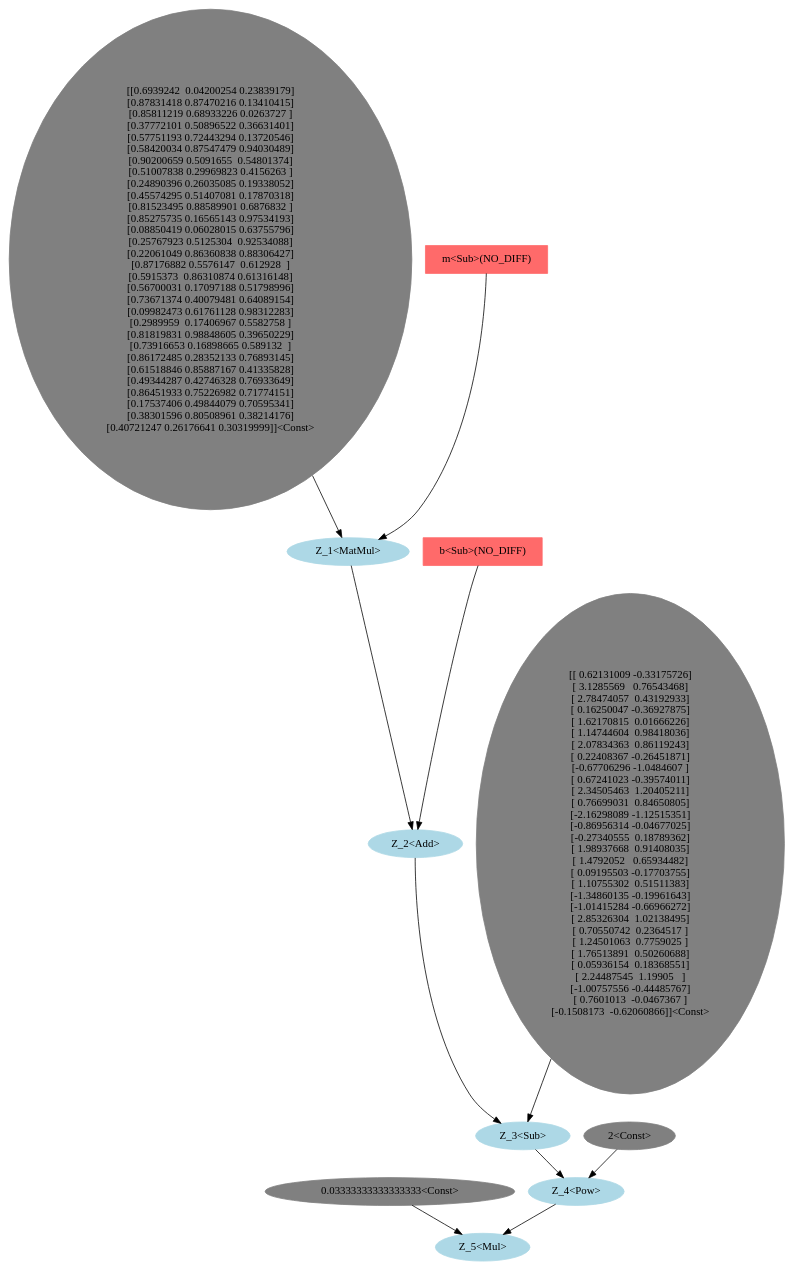
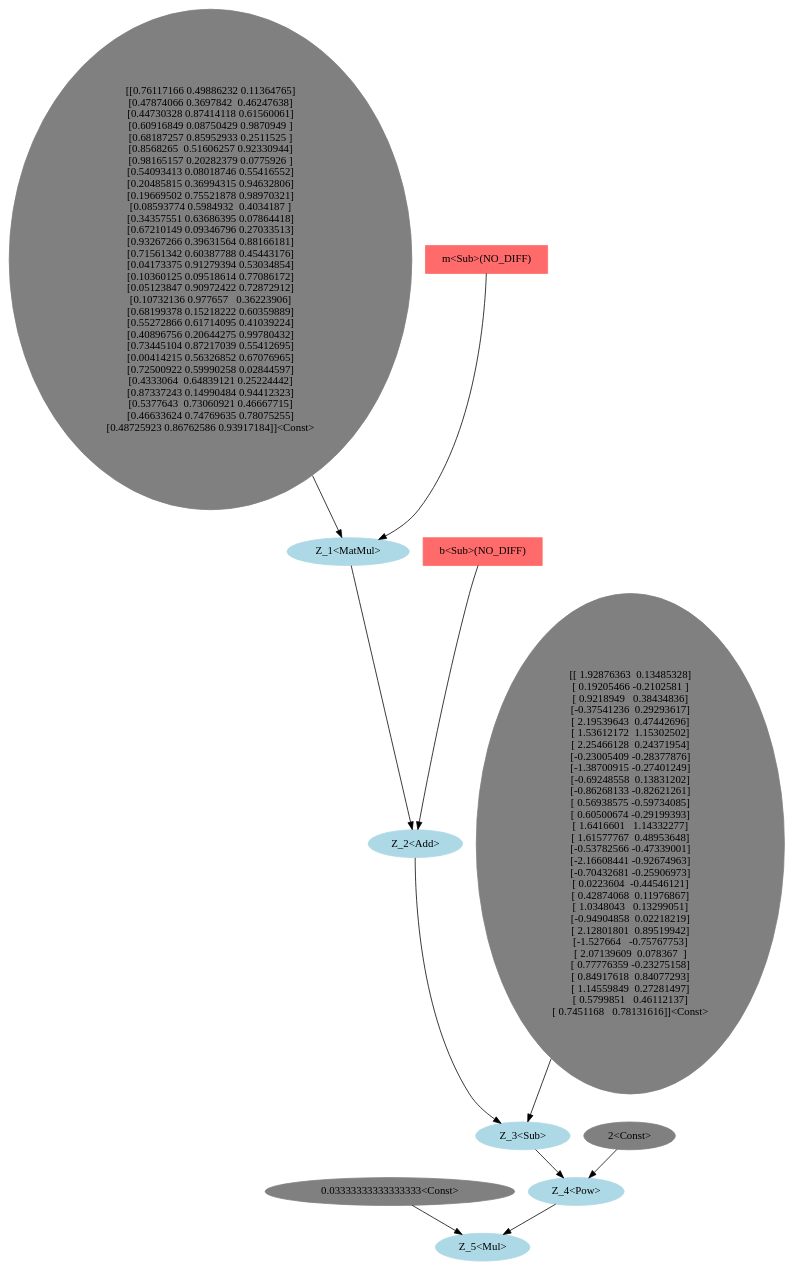
The diagram in Digraph.gv (VIVelev/nujo), drawn with Graphviz before and after one commit. The commit also changed 6 other files, not shown here.

```diff
--- a/Digraph.gv
+++ b/Digraph.gv
@@ -1,148 +1,148 @@
 digraph {
 	"0.03333333333333333<Const>" [color=gray shape=oval style=filled]
 	"Z_5<Mul>" [color=lightblue shape=oval style=filled]
 	"0.03333333333333333<Const>" -> "Z_5<Mul>"
 	"Z_4<Pow>" [color=lightblue shape=oval style=filled]
 	"Z_5<Mul>" [color=lightblue shape=oval style=filled]
 	"Z_4<Pow>" -> "Z_5<Mul>"
 	"Z_3<Sub>" [color=lightblue shape=oval style=filled]
 	"Z_4<Pow>" [color=lightblue shape=oval style=filled]
 	"Z_3<Sub>" -> "Z_4<Pow>"
 	"Z_2<Add>" [color=lightblue shape=oval style=filled]
 	"Z_3<Sub>" [color=lightblue shape=oval style=filled]
 	"Z_2<Add>" -> "Z_3<Sub>"
 	"Z_1<MatMul>" [color=lightblue shape=oval style=filled]
 	"Z_2<Add>" [color=lightblue shape=oval style=filled]
 	"Z_1<MatMul>" -> "Z_2<Add>"
-	"[[0.6939242  0.04200254 0.23839179]
- [0.87831418 0.87470216 0.13410415]
- [0.85811219 0.68933226 0.0263727 ]
- [0.37772101 0.50896522 0.36631401]
- [0.57751193 0.72443294 0.13720546]
- [0.58420034 0.87547479 0.94030489]
- [0.90200659 0.5091655  0.54801374]
- [0.51007838 0.29969823 0.4156263 ]
- [0.24890396 0.26035085 0.19338052]
- [0.45574295 0.51407081 0.17870318]
- [0.81523495 0.88589901 0.6876832 ]
- [0.85275735 0.16565143 0.97534193]
- [0.08850419 0.06028015 0.63755796]
- [0.25767923 0.5125304  0.92534088]
- [0.22061049 0.86360838 0.88306427]
- [0.87176882 0.5576147  0.612928  ]
- [0.5915373  0.86310874 0.61316148]
- [0.56700031 0.17097188 0.51798996]
- [0.73671374 0.40079481 0.64089154]
- [0.09982473 0.61761128 0.98312283]
- [0.2989959  0.17406967 0.5582758 ]
- [0.81819831 0.98848605 0.39650229]
- [0.73916653 0.16898665 0.589132  ]
- [0.86172485 0.28352133 0.76893145]
- [0.61518846 0.85887167 0.41335828]
- [0.49344287 0.42746328 0.76933649]
- [0.86451933 0.75226982 0.71774151]
- [0.17537406 0.49844079 0.70595341]
- [0.38301596 0.80508961 0.38214176]
- [0.40721247 0.26176641 0.30319999]]<Const>" [color=gray shape=oval style=filled]
+	"[[0.76117166 0.49886232 0.11364765]
+ [0.47874066 0.3697842  0.46247638]
+ [0.44730328 0.87414118 0.61560061]
+ [0.60916849 0.08750429 0.9870949 ]
+ [0.68187257 0.85952933 0.2511525 ]
+ [0.8568265  0.51606257 0.92330944]
+ [0.98165157 0.20282379 0.0775926 ]
+ [0.54093413 0.08018746 0.55416552]
+ [0.20485815 0.36994315 0.94632806]
+ [0.19669502 0.75521878 0.98970321]
+ [0.08593774 0.5984932  0.4034187 ]
+ [0.34357551 0.63686395 0.07864418]
+ [0.67210149 0.09346796 0.27033513]
+ [0.93267266 0.39631564 0.88166181]
+ [0.71561342 0.60387788 0.45443176]
+ [0.04173375 0.91279394 0.53034854]
+ [0.10360125 0.09518614 0.77086172]
+ [0.05123847 0.90972422 0.72872912]
+ [0.10732136 0.977657   0.36223906]
+ [0.68199378 0.15218222 0.60359889]
+ [0.55272866 0.61714095 0.41039224]
+ [0.40896756 0.20644275 0.99780432]
+ [0.73445104 0.87217039 0.55412695]
+ [0.00414215 0.56326852 0.67076965]
+ [0.72500922 0.59990258 0.02844597]
+ [0.4333064  0.64839121 0.25224442]
+ [0.87337243 0.14990484 0.94412323]
+ [0.5377643  0.73060921 0.46667715]
+ [0.46633624 0.74769635 0.78075255]
+ [0.48725923 0.86762586 0.93917184]]<Const>" [color=gray shape=oval style=filled]
 	"Z_1<MatMul>" [color=lightblue shape=oval style=filled]
-	"[[0.6939242  0.04200254 0.23839179]
- [0.87831418 0.87470216 0.13410415]
- [0.85811219 0.68933226 0.0263727 ]
- [0.37772101 0.50896522 0.36631401]
- [0.57751193 0.72443294 0.13720546]
- [0.58420034 0.87547479 0.94030489]
- [0.90200659 0.5091655  0.54801374]
- [0.51007838 0.29969823 0.4156263 ]
- [0.24890396 0.26035085 0.19338052]
- [0.45574295 0.51407081 0.17870318]
- [0.81523495 0.88589901 0.6876832 ]
- [0.85275735 0.16565143 0.97534193]
- [0.08850419 0.06028015 0.63755796]
- [0.25767923 0.5125304  0.92534088]
- [0.22061049 0.86360838 0.88306427]
- [0.87176882 0.5576147  0.612928  ]
- [0.5915373  0.86310874 0.61316148]
- [0.56700031 0.17097188 0.51798996]
- [0.73671374 0.40079481 0.64089154]
- [0.09982473 0.61761128 0.98312283]
- [0.2989959  0.17406967 0.5582758 ]
- [0.81819831 0.98848605 0.39650229]
- [0.73916653 0.16898665 0.589132  ]
- [0.86172485 0.28352133 0.76893145]
- [0.61518846 0.85887167 0.41335828]
- [0.49344287 0.42746328 0.76933649]
- [0.86451933 0.75226982 0.71774151]
- [0.17537406 0.49844079 0.70595341]
- [0.38301596 0.80508961 0.38214176]
- [0.40721247 0.26176641 0.30319999]]<Const>" -> "Z_1<MatMul>"
+	"[[0.76117166 0.49886232 0.11364765]
+ [0.47874066 0.3697842  0.46247638]
+ [0.44730328 0.87414118 0.61560061]
+ [0.60916849 0.08750429 0.9870949 ]
+ [0.68187257 0.85952933 0.2511525 ]
+ [0.8568265  0.51606257 0.92330944]
+ [0.98165157 0.20282379 0.0775926 ]
+ [0.54093413 0.08018746 0.55416552]
+ [0.20485815 0.36994315 0.94632806]
+ [0.19669502 0.75521878 0.98970321]
+ [0.08593774 0.5984932  0.4034187 ]
+ [0.34357551 0.63686395 0.07864418]
+ [0.67210149 0.09346796 0.27033513]
+ [0.93267266 0.39631564 0.88166181]
+ [0.71561342 0.60387788 0.45443176]
+ [0.04173375 0.91279394 0.53034854]
+ [0.10360125 0.09518614 0.77086172]
+ [0.05123847 0.90972422 0.72872912]
+ [0.10732136 0.977657   0.36223906]
+ [0.68199378 0.15218222 0.60359889]
+ [0.55272866 0.61714095 0.41039224]
+ [0.40896756 0.20644275 0.99780432]
+ [0.73445104 0.87217039 0.55412695]
+ [0.00414215 0.56326852 0.67076965]
+ [0.72500922 0.59990258 0.02844597]
+ [0.4333064  0.64839121 0.25224442]
+ [0.87337243 0.14990484 0.94412323]
+ [0.5377643  0.73060921 0.46667715]
+ [0.46633624 0.74769635 0.78075255]
+ [0.48725923 0.86762586 0.93917184]]<Const>" -> "Z_1<MatMul>"
 	"m<Sub>(NO_DIFF)" [color=indianred1 shape=box style=filled]
 	"Z_1<MatMul>" [color=lightblue shape=oval style=filled]
 	"m<Sub>(NO_DIFF)" -> "Z_1<MatMul>"
 	"b<Sub>(NO_DIFF)" [color=indianred1 shape=box style=filled]
 	"Z_2<Add>" [color=lightblue shape=oval style=filled]
 	"b<Sub>(NO_DIFF)" -> "Z_2<Add>"
-	"[[ 0.62131009 -0.33175726]
- [ 3.1285569   0.76543468]
- [ 2.78474057  0.43192933]
- [ 0.16250047 -0.36927875]
- [ 1.62170815  0.01666226]
- [ 1.14744604  0.98418036]
- [ 2.07834363  0.86119243]
- [ 0.22408367 -0.26451871]
- [-0.67706296 -1.0484607 ]
- [ 0.67241023 -0.39574011]
- [ 2.34505463  1.20405211]
- [ 0.76699031  0.84650805]
- [-2.16298089 -1.12515351]
- [-0.86956314 -0.04677025]
- [-0.27340555  0.18789362]
- [ 1.98937668  0.91408035]
- [ 1.4792052   0.65934482]
- [ 0.09195503 -0.17703755]
- [ 1.10755302  0.51511383]
- [-1.34860135 -0.19961643]
- [-1.01415284 -0.66966272]
- [ 2.85326304  1.02138495]
- [ 0.70550742  0.2364517 ]
- [ 1.24501063  0.7759025 ]
- [ 1.76513891  0.50260688]
- [ 0.05936154  0.18368551]
- [ 2.24487545  1.19905   ]
- [-1.00757556 -0.44485767]
- [ 0.7601013  -0.0467367 ]
- [-0.1508173  -0.62060866]]<Const>" [color=gray shape=oval style=filled]
+	"[[ 1.92876363  0.13485328]
+ [ 0.19205466 -0.2102581 ]
+ [ 0.9218949   0.38434836]
+ [-0.37541236  0.29293617]
+ [ 2.19539643  0.47442696]
+ [ 1.53612172  1.15302502]
+ [ 2.25466128  0.24371954]
+ [-0.23005409 -0.28377876]
+ [-1.38700915 -0.27401249]
+ [-0.69248558  0.13831202]
+ [-0.86268133 -0.82621261]
+ [ 0.56938575 -0.59734085]
+ [ 0.60500674 -0.29199393]
+ [ 1.6416601   1.14332277]
+ [ 1.61577767  0.48953648]
+ [-0.53782566 -0.47339001]
+ [-2.16608441 -0.92674963]
+ [-0.70432681 -0.25906973]
+ [ 0.0223604  -0.44546121]
+ [ 0.42874068  0.11976867]
+ [ 1.0348043   0.13299051]
+ [-0.94904858  0.02218219]
+ [ 2.12801801  0.89519942]
+ [-1.527664   -0.75767753]
+ [ 2.07139609  0.078367  ]
+ [ 0.77776359 -0.23275158]
+ [ 0.84917618  0.84077293]
+ [ 1.14559849  0.27281497]
+ [ 0.5799851   0.46112137]
+ [ 0.7451168   0.78131616]]<Const>" [color=gray shape=oval style=filled]
 	"Z_3<Sub>" [color=lightblue shape=oval style=filled]
-	"[[ 0.62131009 -0.33175726]
- [ 3.1285569   0.76543468]
- [ 2.78474057  0.43192933]
- [ 0.16250047 -0.36927875]
- [ 1.62170815  0.01666226]
- [ 1.14744604  0.98418036]
- [ 2.07834363  0.86119243]
- [ 0.22408367 -0.26451871]
- [-0.67706296 -1.0484607 ]
- [ 0.67241023 -0.39574011]
- [ 2.34505463  1.20405211]
- [ 0.76699031  0.84650805]
- [-2.16298089 -1.12515351]
- [-0.86956314 -0.04677025]
- [-0.27340555  0.18789362]
- [ 1.98937668  0.91408035]
- [ 1.4792052   0.65934482]
- [ 0.09195503 -0.17703755]
- [ 1.10755302  0.51511383]
- [-1.34860135 -0.19961643]
- [-1.01415284 -0.66966272]
- [ 2.85326304  1.02138495]
- [ 0.70550742  0.2364517 ]
- [ 1.24501063  0.7759025 ]
- [ 1.76513891  0.50260688]
- [ 0.05936154  0.18368551]
- [ 2.24487545  1.19905   ]
- [-1.00757556 -0.44485767]
- [ 0.7601013  -0.0467367 ]
- [-0.1508173  -0.62060866]]<Const>" -> "Z_3<Sub>"
+	"[[ 1.92876363  0.13485328]
+ [ 0.19205466 -0.2102581 ]
+ [ 0.9218949   0.38434836]
+ [-0.37541236  0.29293617]
+ [ 2.19539643  0.47442696]
+ [ 1.53612172  1.15302502]
+ [ 2.25466128  0.24371954]
+ [-0.23005409 -0.28377876]
+ [-1.38700915 -0.27401249]
+ [-0.69248558  0.13831202]
+ [-0.86268133 -0.82621261]
+ [ 0.56938575 -0.59734085]
+ [ 0.60500674 -0.29199393]
+ [ 1.6416601   1.14332277]
+ [ 1.61577767  0.48953648]
+ [-0.53782566 -0.47339001]
+ [-2.16608441 -0.92674963]
+ [-0.70432681 -0.25906973]
+ [ 0.0223604  -0.44546121]
+ [ 0.42874068  0.11976867]
+ [ 1.0348043   0.13299051]
+ [-0.94904858  0.02218219]
+ [ 2.12801801  0.89519942]
+ [-1.527664   -0.75767753]
+ [ 2.07139609  0.078367  ]
+ [ 0.77776359 -0.23275158]
+ [ 0.84917618  0.84077293]
+ [ 1.14559849  0.27281497]
+ [ 0.5799851   0.46112137]
+ [ 0.7451168   0.78131616]]<Const>" -> "Z_3<Sub>"
 	"2<Const>" [color=gray shape=oval style=filled]
 	"Z_4<Pow>" [color=lightblue shape=oval style=filled]
 	"2<Const>" -> "Z_4<Pow>"
 }
```
